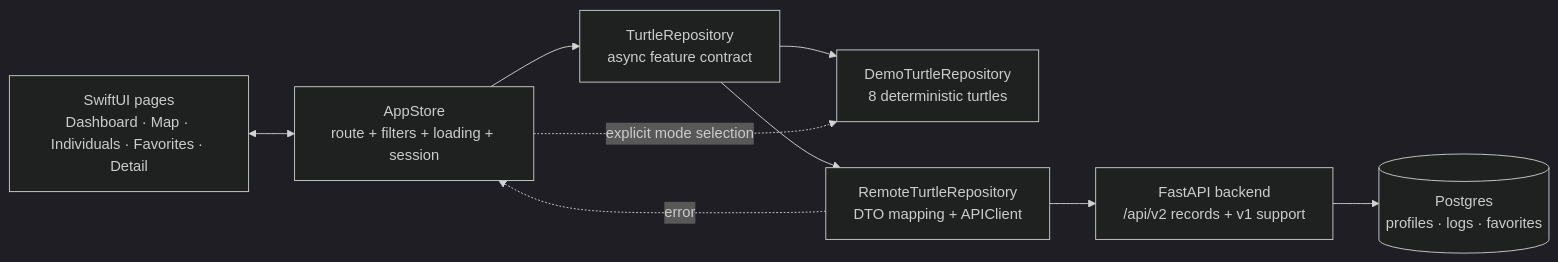
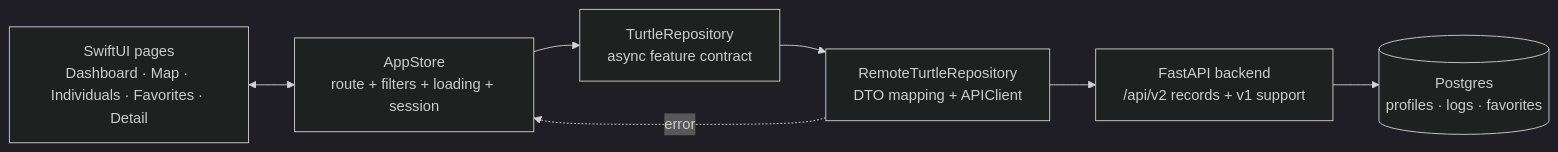
Before and after one commit to gungfebrian/Ada_Penyu_Mac: the diagram in docs/architecture.md, drawn with Mermaid (dark theme). The commit also changed other lines of this file and 8 other files, not shown here.

````diff
--- a/docs/architecture.md
+++ b/docs/architecture.md
@@ -9,17 +9,14 @@
 ```mermaid
 flowchart LR
     UI[SwiftUI pages\nDashboard · Map · Individuals · Favorites · Detail]
     STORE[AppStore\nroute + filters + loading + session]
     REPO[TurtleRepository\nasync feature contract]
-    DEMO[DemoTurtleRepository\n8 deterministic turtles]
     API[RemoteTurtleRepository\nDTO mapping + APIClient]
     BE[FastAPI backend\n/api/v2 records + v1 support]
     DB[(Postgres\nprofiles · logs · favorites)]
     UI <--> STORE
     STORE --> REPO
-    REPO --> DEMO
     REPO --> API
     API --> BE --> DB
     API -. error .-> STORE
-    STORE -. explicit mode selection .-> DEMO
 ```
````
